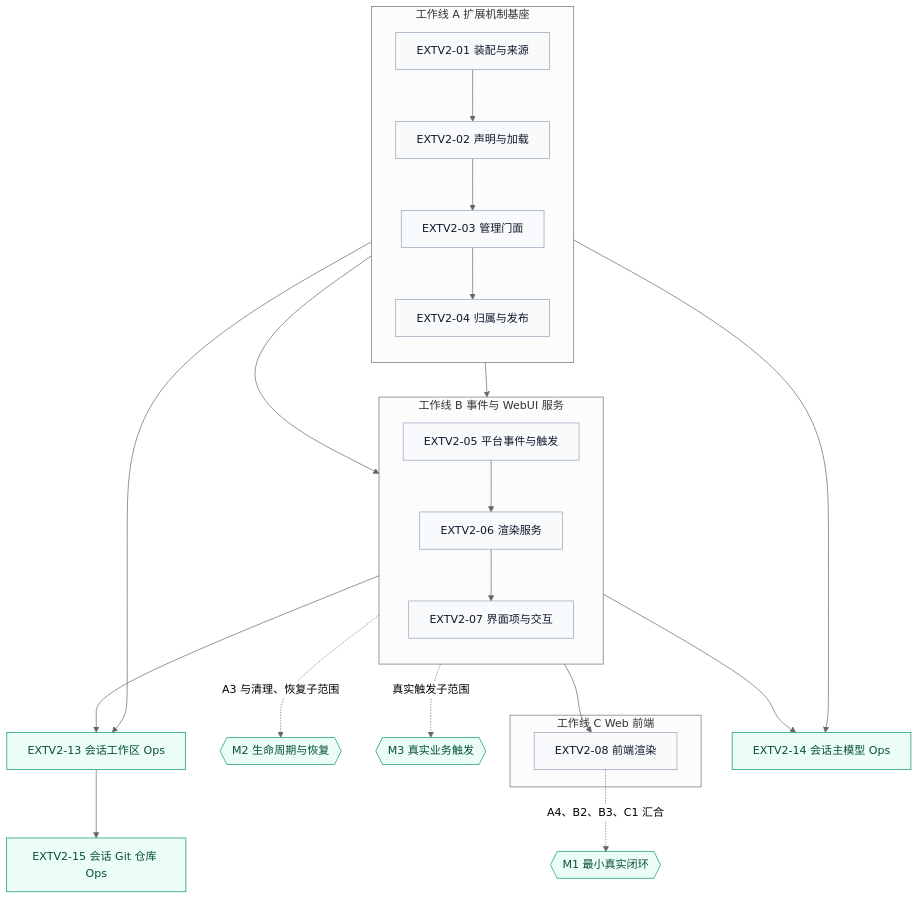
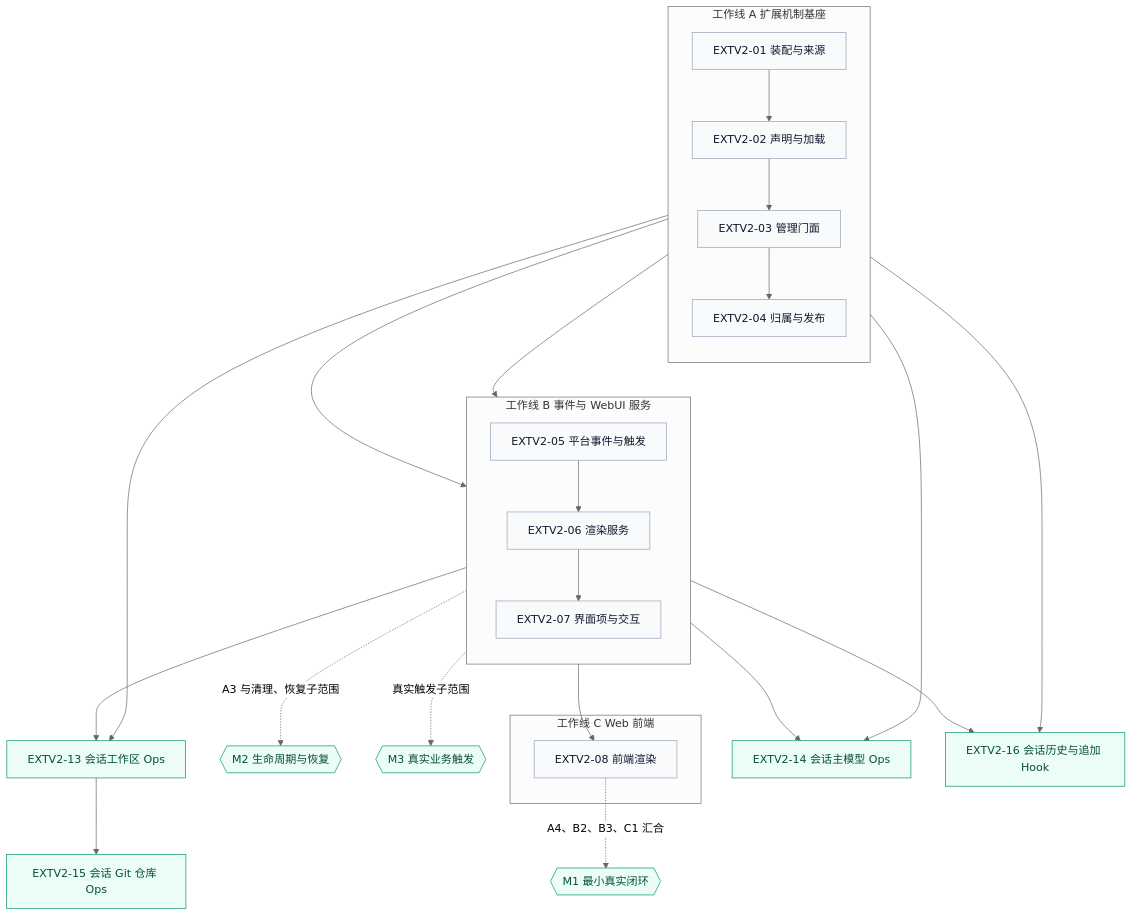
Before and after one commit to openJiuwen-ai/jiuwenswarm: the first of 2 diagrams in jiuwenswarm/extensions_v2/docs/designs/extensions-v2-development-plan.md, drawn with Mermaid (neutral theme). The commit also changed other lines of this file and 16 other files, not shown here.

````diff
--- a/jiuwenswarm/extensions_v2/docs/designs/extensions-v2-development-plan.md
+++ b/jiuwenswarm/extensions_v2/docs/designs/extensions-v2-development-plan.md
@@ -286,44 +295,46 @@
 ```mermaid
 flowchart TB
     subgraph WA["工作线 A 扩展机制基座"]
         direction TB
         A1["EXTV2-01 装配与来源"] --> A2["EXTV2-02 声明与加载"]
         A2 --> A3["EXTV2-03 管理门面"]
         A3 --> A4["EXTV2-04 归属与发布"]
     end
 
     subgraph WB["工作线 B 事件与 WebUI 服务"]
         direction TB
         B1["EXTV2-05 平台事件与触发"] --> B2["EXTV2-06 渲染服务"]
         B2 --> B3["EXTV2-07 界面项与交互"]
     end
 
     subgraph WC["工作线 C Web 前端"]
         C1["EXTV2-08 前端渲染"]
     end
 
     M1{{"M1 最小真实闭环"}}
     M2{{"M2 生命周期与恢复"}}
     M3{{"M3 真实业务触发"}}
 
     WA ~~~ WB
     WB ~~~ WC
 
     A1 --> B1
     A1 --> S13["EXTV2-13 会话工作区 Ops"]
     B1 --> S13
     A1 --> S14["EXTV2-14 会话主模型 Ops"]
     B1 --> S14
     S13 --> S15["EXTV2-15 会话 Git 仓库 Ops"]
+    A1 --> S16["EXTV2-16 会话历史与追加 Hook"]
+    B1 --> S16
     A4 --> B3
     B3 --> C1
 
     C1 -.->|"A4、B2、B3、C1 汇合"| M1
     B3 -.->|"A3 与清理、恢复子范围"| M2
     B1 -.->|"真实触发子范围"| M3
 
     classDef item fill:#f8fafc,stroke:#94a3b8,color:#0f172a;
     classDef node fill:#ecfdf5,stroke:#059669,color:#064e3b;
     class A1,A2,A3,A4,B1,B2,B3,C1 item;
     class M1,M2,M3 node;
 ```
````
